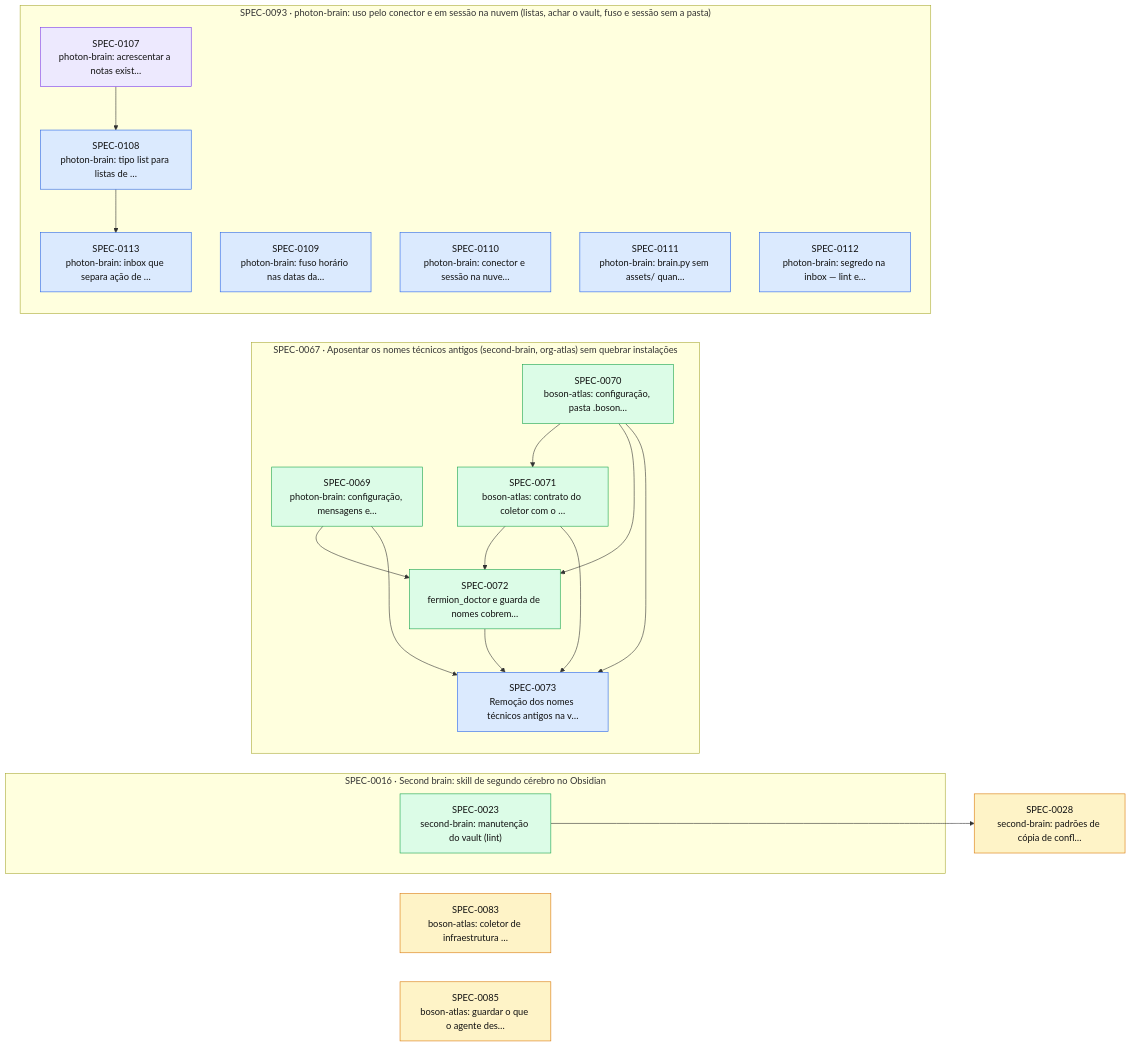
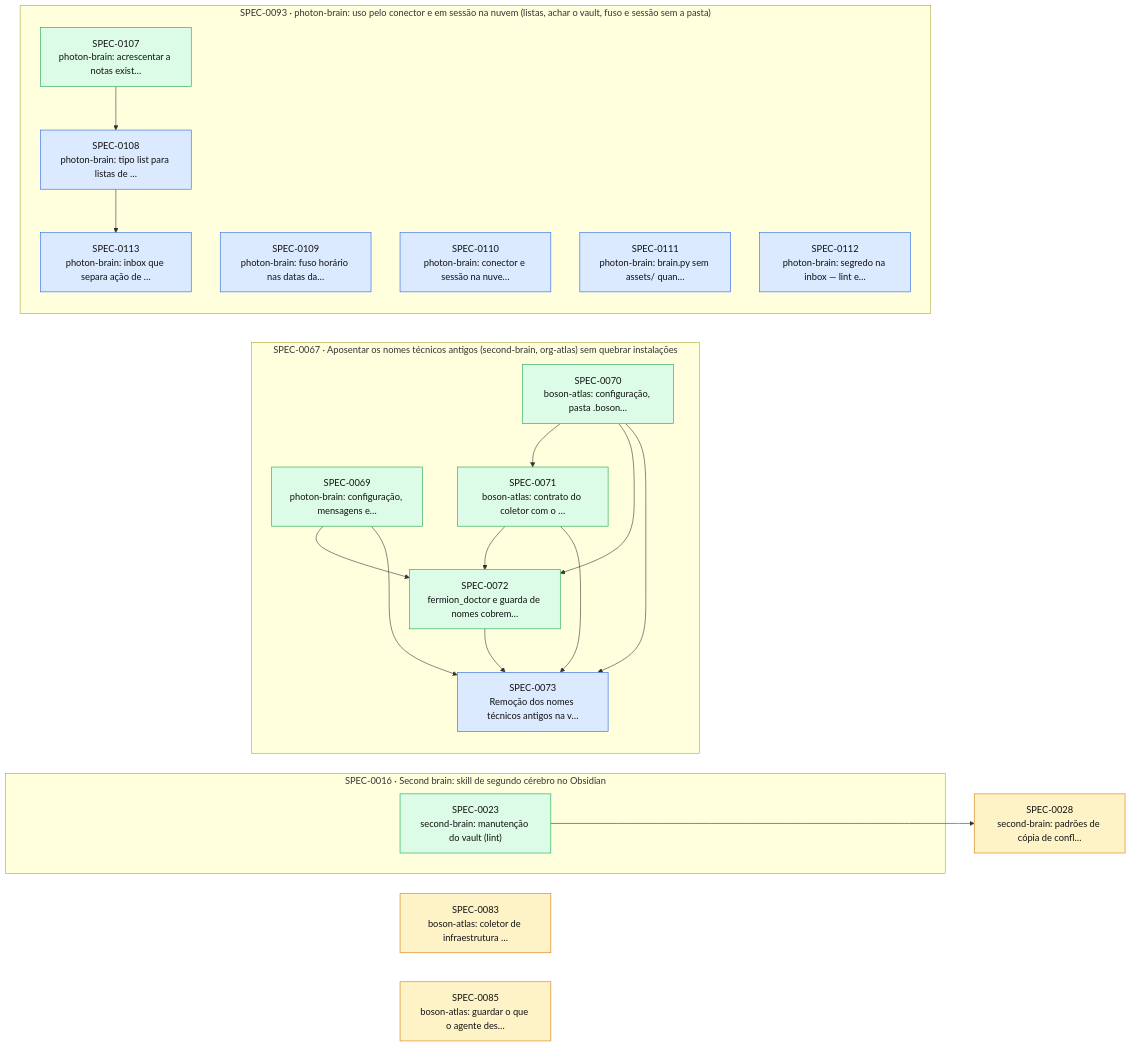
Before and after one commit to thomasravache/ai-dev-brain: the diagram in docs/specs/INDEX.md, drawn with Mermaid. The commit also changed other lines of this file and 1 other file, not shown here.

First line of the commit message:
docs(specs): G7 e fechamento da SPEC-0107

````diff
--- a/docs/specs/INDEX.md
+++ b/docs/specs/INDEX.md
@@ -72,41 +71,41 @@
 ```mermaid
 flowchart LR
   S0028["SPEC-0028<br/>second-brain: padrões de cópia de confl…"]:::proposed
   S0083["SPEC-0083<br/>boson-atlas: coletor de infraestrutura …"]:::proposed
   S0085["SPEC-0085<br/>boson-atlas: guardar o que o agente des…"]:::proposed
   subgraph E0016["SPEC-0016 · Second brain: skill de segundo cérebro no Obsidian"]
     S0023["SPEC-0023<br/>second-brain: manutenção do vault (lint)"]:::implemented
   end
   subgraph E0067["SPEC-0067 · Aposentar os nomes técnicos antigos (second-brain, org-atlas) sem quebrar instalações"]
     S0069["SPEC-0069<br/>photon-brain: configuração, mensagens e…"]:::implemented
     S0070["SPEC-0070<br/>boson-atlas: configuração, pasta .boson…"]:::implemented
     S0071["SPEC-0071<br/>boson-atlas: contrato do coletor com o …"]:::implemented
     S0072["SPEC-0072<br/>fermion_doctor e guarda de nomes cobrem…"]:::implemented
     S0073["SPEC-0073<br/>Remoção dos nomes técnicos antigos na v…"]:::approved
   end
   subgraph E0093["SPEC-0093 · photon-brain: uso pelo conector e em sessão na nuvem (listas, achar o vault, fuso e sessão sem a pasta)"]
-    S0107["SPEC-0107<br/>photon-brain: acrescentar a notas exist…"]:::inprogress
+    S0107["SPEC-0107<br/>photon-brain: acrescentar a notas exist…"]:::implemented
     S0108["SPEC-0108<br/>photon-brain: tipo list para listas de …"]:::approved
     S0109["SPEC-0109<br/>photon-brain: fuso horário nas datas da…"]:::approved
     S0110["SPEC-0110<br/>photon-brain: conector e sessão na nuve…"]:::approved
     S0111["SPEC-0111<br/>photon-brain: brain.py sem assets/ quan…"]:::approved
     S0112["SPEC-0112<br/>photon-brain: segredo na inbox — lint e…"]:::approved
     S0113["SPEC-0113<br/>photon-brain: inbox que separa ação de …"]:::approved
   end
   S0023 --> S0028
   S0070 --> S0071
   S0069 --> S0072
   S0070 --> S0072
   S0071 --> S0072
   S0069 --> S0073
   S0070 --> S0073
   S0071 --> S0073
   S0072 --> S0073
   S0107 --> S0108
   S0108 --> S0113
   classDef proposed fill:#fef3c7,stroke:#d97706,color:#111
   classDef approved fill:#dbeafe,stroke:#2563eb,color:#111
   classDef inprogress fill:#ede9fe,stroke:#7c3aed,color:#111
   classDef implemented fill:#dcfce7,stroke:#16a34a,color:#111
   classDef deprecated fill:#f3f4f6,stroke:#9ca3af,color:#6b7280
 ```
````
